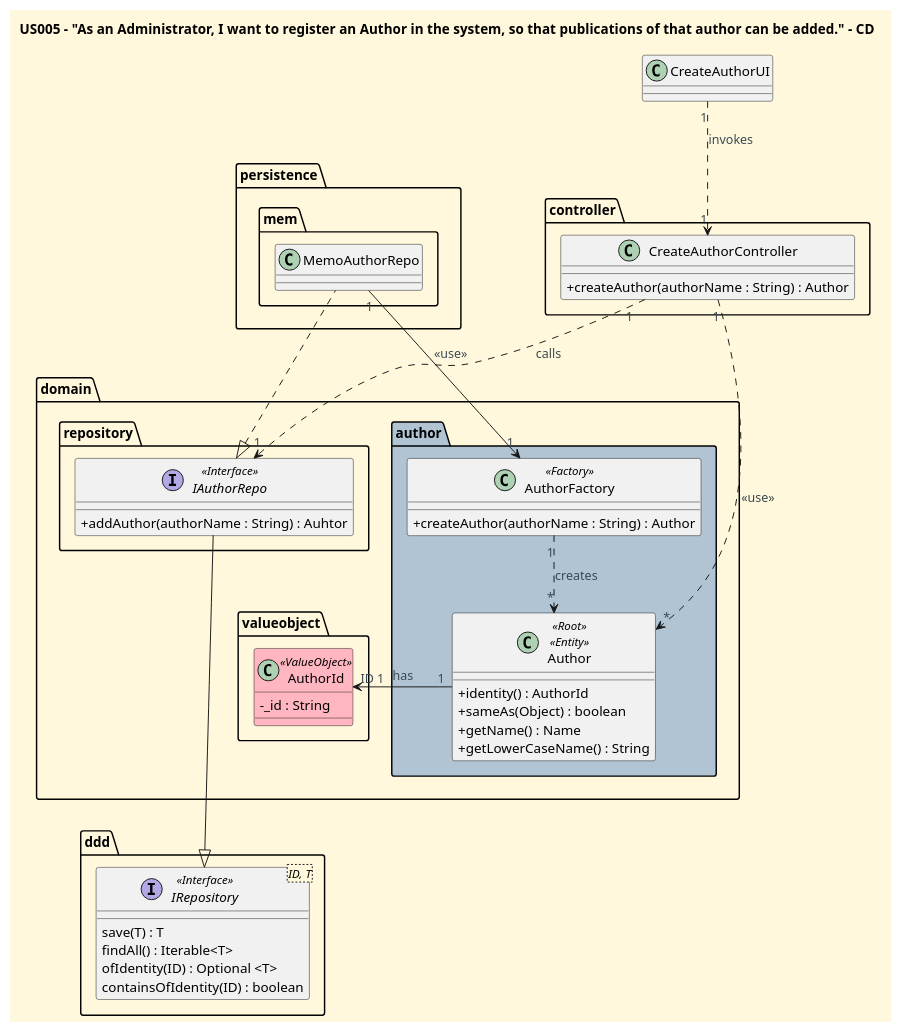
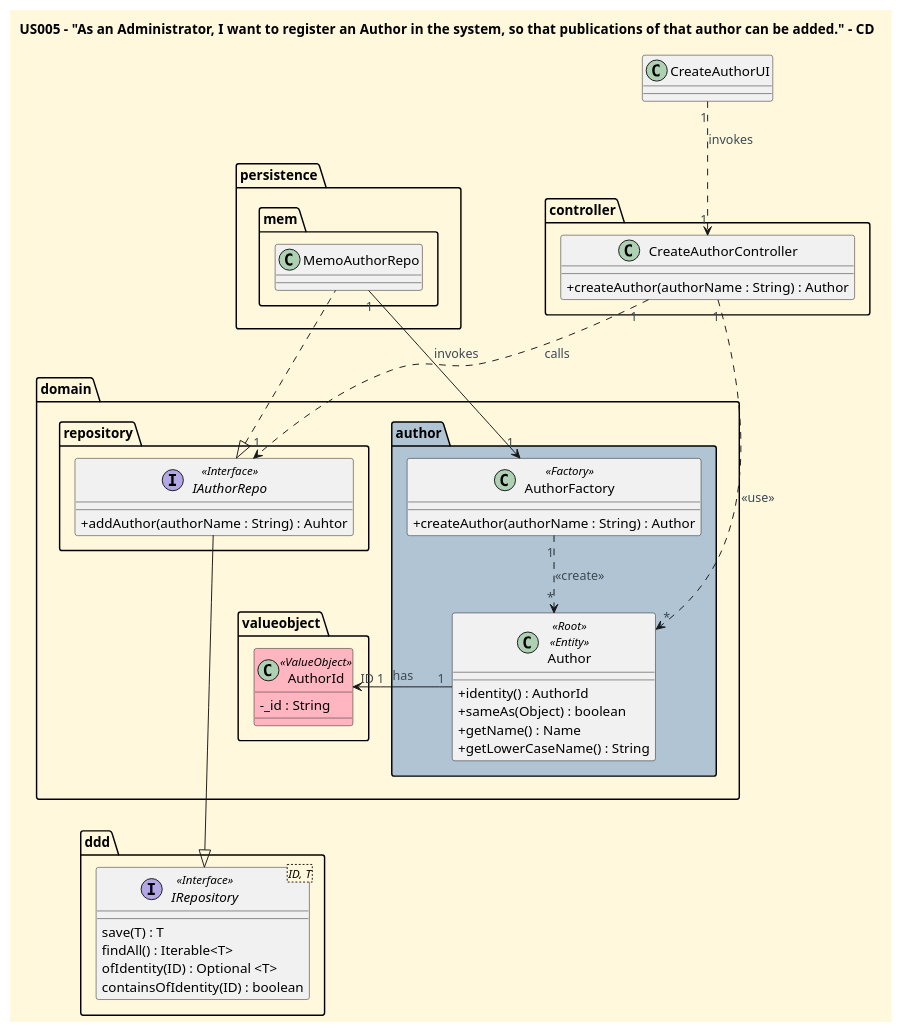
The diagram in docs/user-stories/US005/US005_to_register_an_author_CD.puml (CarolinaLeite-collab/JavaMarketplacePlatform), drawn with PlantUML before and after one commit. The commit also changed 2 other files, not shown here.

Commit message:
fix: corrected SD and CD diagrams for US004 and US005 following pull request review by @mffcosta16 and @rafaelar27, refs #426 #521 #521

```diff
--- a/docs/user-stories/US005/US005_to_register_an_author_CD.puml
+++ b/docs/user-stories/US005/US005_to_register_an_author_CD.puml
@@ -1,115 +1,115 @@
 @startuml
 
 '==== Title ====
 title US005 - "As an Administrator, I want to register an Author in the system, so that publications of that author can be added." - CD
 top to bottom direction
 
 
 '==== basic style ====
 skinparam monochrome false
 skinparam shadowing false
 skinparam defaultFontName Futura
 skinparam objectFontSize 20
 skinparam backgroundColor CornSilk
 skinparam objectBackgroundColor WhiteSmoke
 skinparam noteBackgroundColor #FFFFE0
 skinparam ArrowFontColor #3B4953
 skinparam ActivationBackgroundColor black
 skinparam classAttributeIconSize 0
 
 
 ' ===== Domain =====
 class CreateAuthorUI {
 }
 
 package "controller" {
 
     class CreateAuthorController {
         +createAuthor(authorName : String) : Author
 
     }
 
 }
 
 package "persistence" {
 
     package "mem" {
 
         class MemoAuthorRepo {
 
         }
 
     }
 
 }
 
 package "domain" {
 
     package "repository" {
 
         interface IAuthorRepo <<Interface>> {
         + addAuthor(authorName : String) : Auhtor
 
         }
 
     }
 
     package author #b0c4d4 {
 
         class Author <<Root>> <<Entity>>{
 
             +identity() : AuthorId
             +sameAs(Object) : boolean
             +getName() : Name
             +getLowerCaseName() : String
 
         }
 
         class AuthorFactory <<Factory>> {
             +createAuthor(authorName : String) : Author
         }
 
     }
 
     Package "valueobject"  {
 
         '== Value Objects (Ids) ==
         class AuthorId <<ValueObject>> #LightPink {
         -_id : String
 
         }
 
     }
 
 }
 
 Package "ddd" {
 
     interface IRepository<ID, T> <<Interface>> {
     save(T) : T
     findAll() : Iterable<T>
     ofIdentity(ID) : Optional <T>
     containsOfIdentity(ID) : boolean
     }
 
 }
 
 
 '==== Interactions ====
 
 CreateAuthorUI "1" ..> "1" CreateAuthorController : invokes
 
 CreateAuthorController "1" ..> "1" IAuthorRepo : calls
 CreateAuthorController "1" .> "*" Author : <<use>>
 
-MemoAuthorRepo "1" --> "1" AuthorFactory : <<use>>
+MemoAuthorRepo "1" --> "1" AuthorFactory : invokes
 
-AuthorFactory "1" ..> "*" Author : creates
+AuthorFactory "1" ..> "*" Author : <<create>>
 
 Author "1" -> "ID 1" AuthorId : has
 
 IAuthorRepo <|.. MemoAuthorRepo
 
 IAuthorRepo ---|> IRepository
 
 @enduml
```
